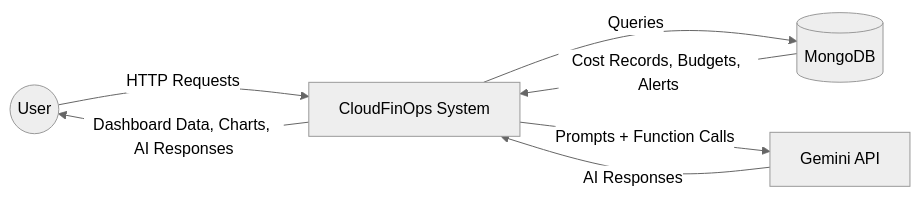
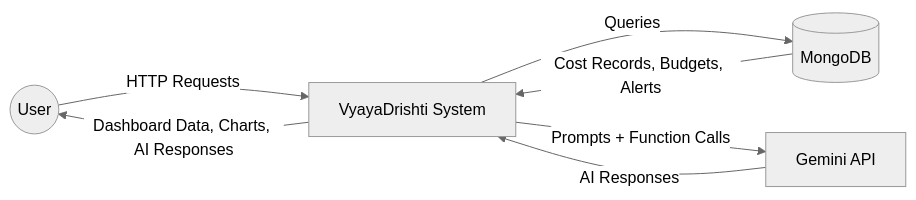
One commit to kripinya/Multi-Cloud-Cost-Monitoring-Dashboard-Cloud-FinOps- changed the fourth of 6 diagrams in srs_document.md. Above: the diagram before and after it, drawn with Mermaid (neutral theme). The commit also changed other lines of this file and 2 other files, not shown here.

````diff
--- a/srs_document.md
+++ b/srs_document.md
@@ -755,9 +755,9 @@
 ```mermaid
 graph LR
-    User((User)) -->|HTTP Requests| System[CloudFinOps System]
+    User((User)) -->|HTTP Requests| System[VyayaDrishti System]
     System -->|Dashboard Data, Charts, AI Responses| User
     System -->|Queries| DB[(MongoDB)]
     DB -->|Cost Records, Budgets, Alerts| System
     System -->|Prompts + Function Calls| Gemini[Gemini API]
     Gemini -->|AI Responses| System
 ```
````
